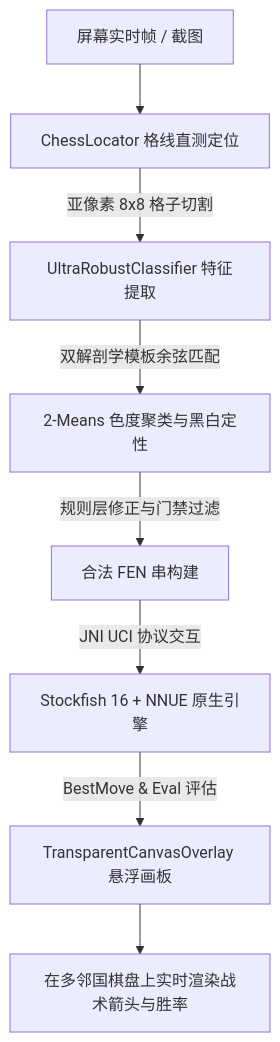
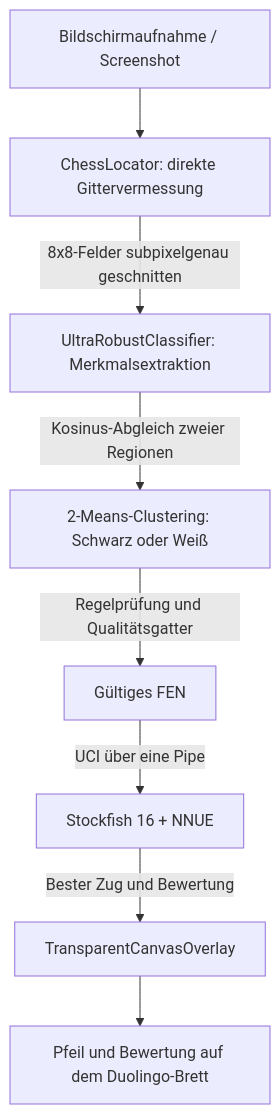
Before and after one commit to Styres/Forkignore: the diagram in README.md, drawn with Mermaid. The commit also changed other lines of this file and 55 other files, not shown here.

First line of the commit message:
Werkzeuge und Archivskripte auf Deutsch

````diff
--- a/README.md
+++ b/README.md
@@ -55,10 +55,10 @@
 ```mermaid
 flowchart TD
-    A[屏幕实时帧 / 截图] --> B[ChessLocator 格线直测定位]
-    B -->|亚像素 8x8 格子切割| C[UltraRobustClassifier 特征提取]
-    C -->|双解剖学模板余弦匹配| D[2-Means 色度聚类与黑白定性]
-    D -->|规则层修正与门禁过滤| E[合法 FEN 串构建]
-    E -->|JNI UCI 协议交互| F[Stockfish 16 + NNUE 原生引擎]
-    F -->|BestMove & Eval 评估| G[TransparentCanvasOverlay 悬浮画板]
-    G --> H[在多邻国棋盘上实时渲染战术箭头与胜率]
+    A[Bildschirmaufnahme / Screenshot] --> B[ChessLocator: direkte Gittervermessung]
+    B -->|8x8-Felder subpixelgenau geschnitten| C[UltraRobustClassifier: Merkmalsextraktion]
+    C -->|Kosinus-Abgleich zweier Regionen| D[2-Means-Clustering: Schwarz oder Weiß]
+    D -->|Regelprüfung und Qualitätsgatter| E[Gültiges FEN]
+    E -->|UCI über eine Pipe| F[Stockfish 16 + NNUE]
+    F -->|Bester Zug und Bewertung| G[TransparentCanvasOverlay]
+    G --> H[Pfeil und Bewertung auf dem Duolingo-Brett]
 ```
````
